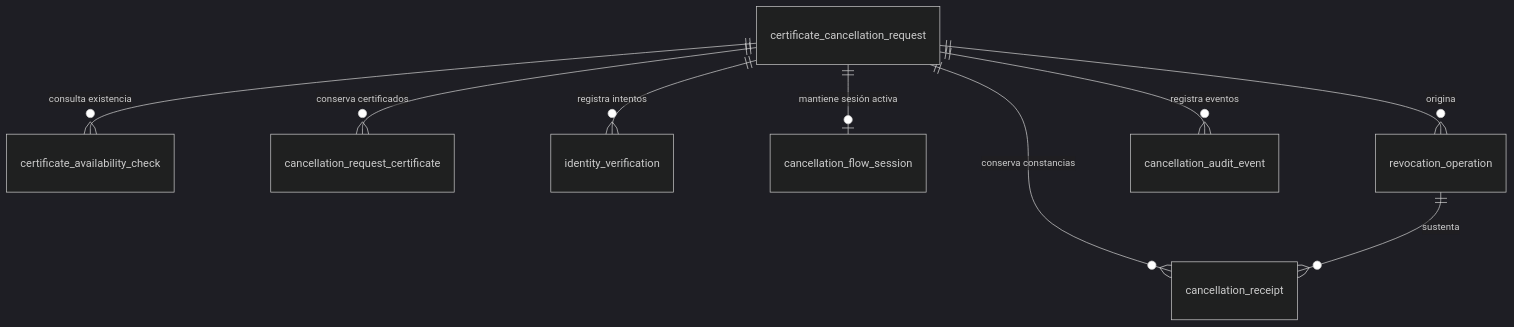
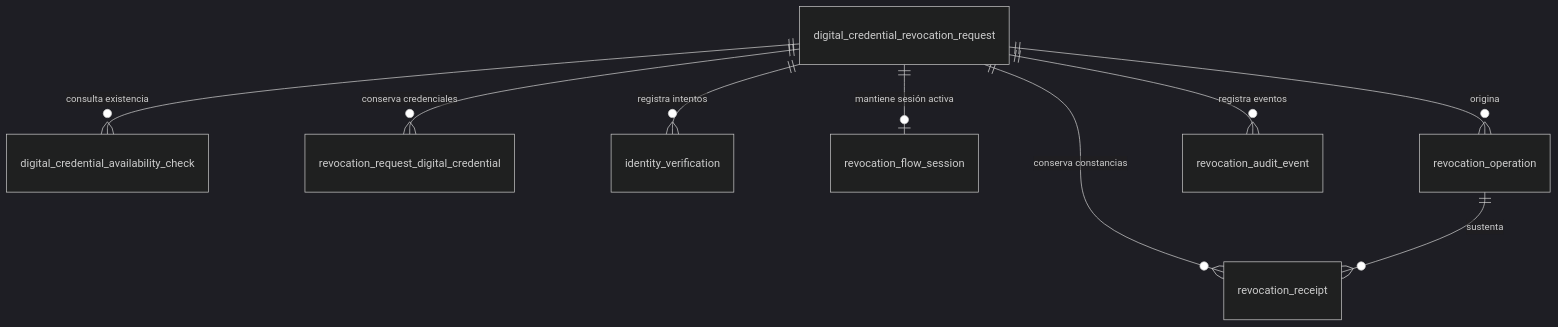
The diagram in docs/data-model/README.md (deyvisml/temp-reniec), drawn with Mermaid (dark theme) before and after one commit. The commit also changed other lines of this file and 429 other files, not shown here.

First line of the commit message:
refactor: rename cancellation to revocation across tests and components

````diff
--- a/docs/data-model/README.md
+++ b/docs/data-model/README.md
@@ -9,11 +9,11 @@
 ```mermaid
 erDiagram
-    certificate_cancellation_request ||--o{ certificate_availability_check : "consulta existencia"
-    certificate_cancellation_request ||--o{ cancellation_request_certificate : "conserva certificados"
-    certificate_cancellation_request ||--o{ identity_verification : "registra intentos"
-    certificate_cancellation_request ||--o| cancellation_flow_session : "mantiene sesión activa"
-    certificate_cancellation_request ||--o{ revocation_operation : "origina"
-    certificate_cancellation_request ||--o{ cancellation_receipt : "conserva constancias"
-    revocation_operation ||--o{ cancellation_receipt : "sustenta"
-    certificate_cancellation_request ||--o{ cancellation_audit_event : "registra eventos"
+    digital_credential_revocation_request ||--o{ digital_credential_availability_check : "consulta existencia"
+    digital_credential_revocation_request ||--o{ revocation_request_digital_credential : "conserva credenciales"
+    digital_credential_revocation_request ||--o{ identity_verification : "registra intentos"
+    digital_credential_revocation_request ||--o| revocation_flow_session : "mantiene sesión activa"
+    digital_credential_revocation_request ||--o{ revocation_operation : "origina"
+    digital_credential_revocation_request ||--o{ revocation_receipt : "conserva constancias"
+    revocation_operation ||--o{ revocation_receipt : "sustenta"
+    digital_credential_revocation_request ||--o{ revocation_audit_event : "registra eventos"
 ```
````
